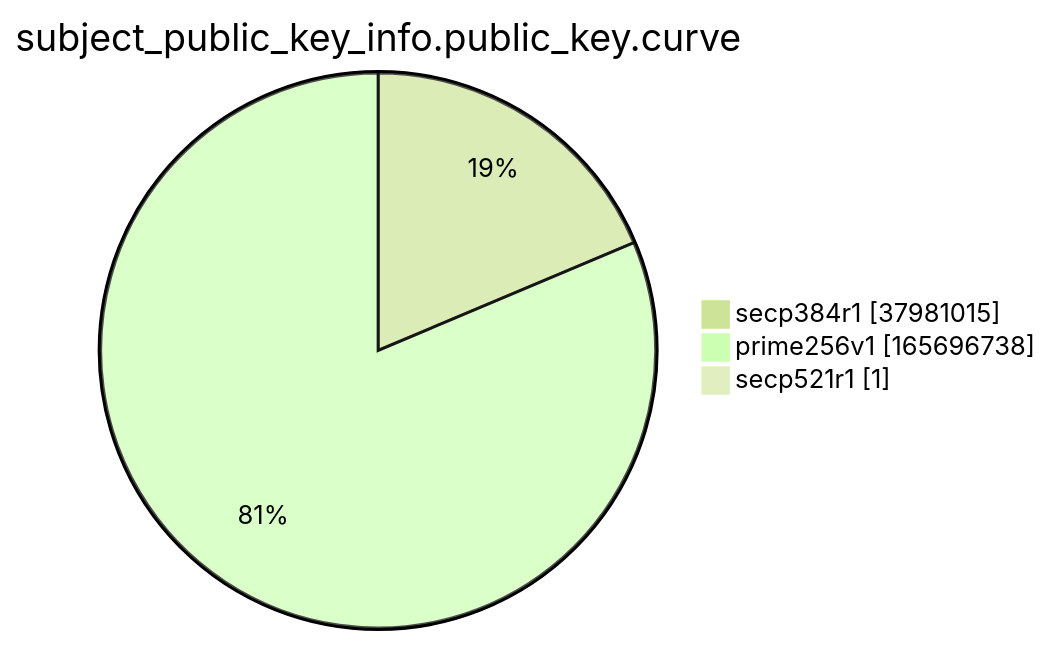
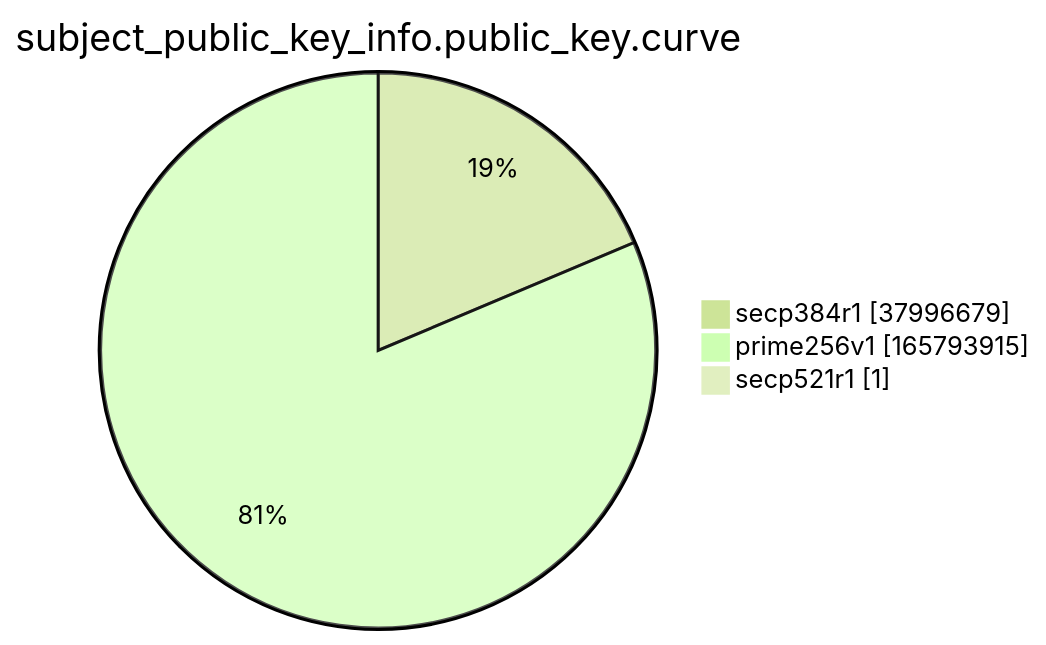
Before and after one commit to christiankrug/ctmonitor_visualization: the ninth of 15 diagrams in argon2022/README.md, drawn with Mermaid (forest theme). The commit also changed other lines of this file, not shown here.

````diff
--- a/argon2022/README.md
+++ b/argon2022/README.md
@@ -2766,7 +2766,7 @@
 ```mermaid
 pie showData
 title subject_public_key_info.public_key.curve
-"secp384r1" :37981015
-"prime256v1" :165696738
+"secp384r1" :37996679
+"prime256v1" :165793915
 "secp521r1" :1
 ```
````
